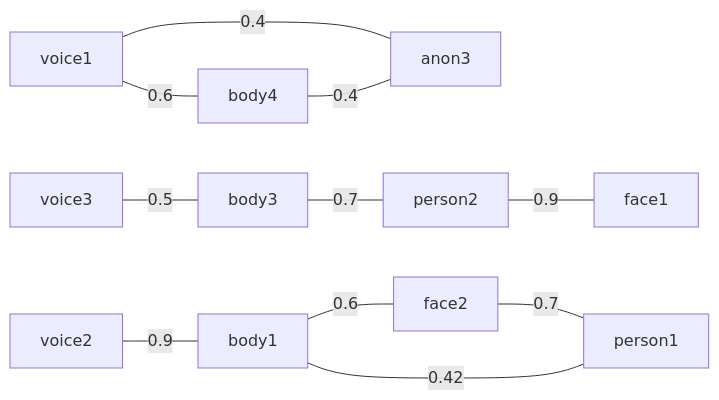
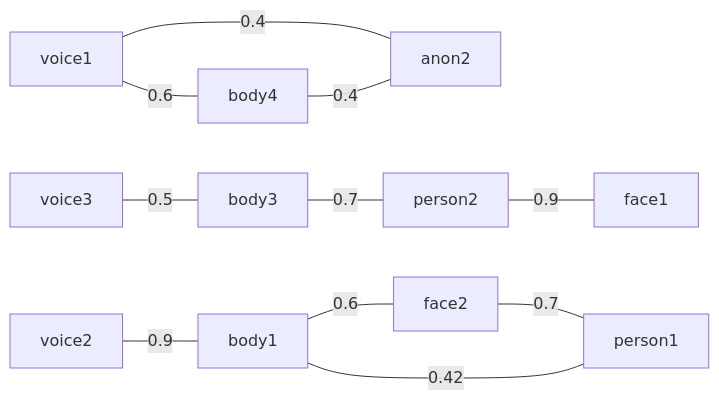
Diagram 34 of 34 in test/test-graphs.md (ros4hri/hri_person_manager), drawn with Mermaid before and after one commit. The commit also changed other lines of this file and 3 other files, not shown here.

````diff
--- a/test/test-graphs.md
+++ b/test/test-graphs.md
@@ -609,18 +610,18 @@
 ``` mermaid
 graph LR
 
-%% body4 should be connected to existing anon3
-voice1 ---|0.4| anon3
-body4 ---|0.4| anon3
+%% body4 should be connected to existing anon2
+voice1 ---|0.4| anon2
+body4 ---|0.4| anon2
 voice1 ---|0.6| body4
 
 body3 ---|0.7| person2
 person2 ---|0.9| face1
 voice3 ---|0.5| body3
 
 
 face2 ---|0.7| person1
 voice2 ---|0.9| body1
 body1 ---|0.6| face2
 body1 ---|0.42| person1
 ```
````
